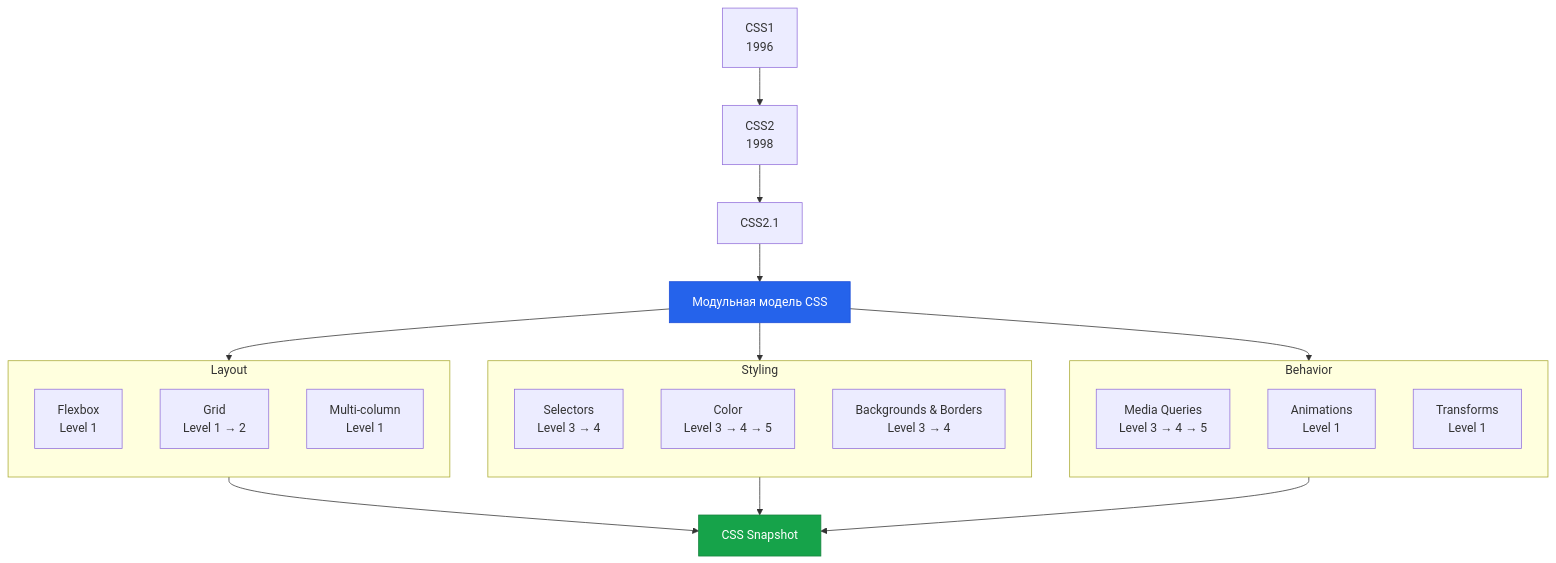
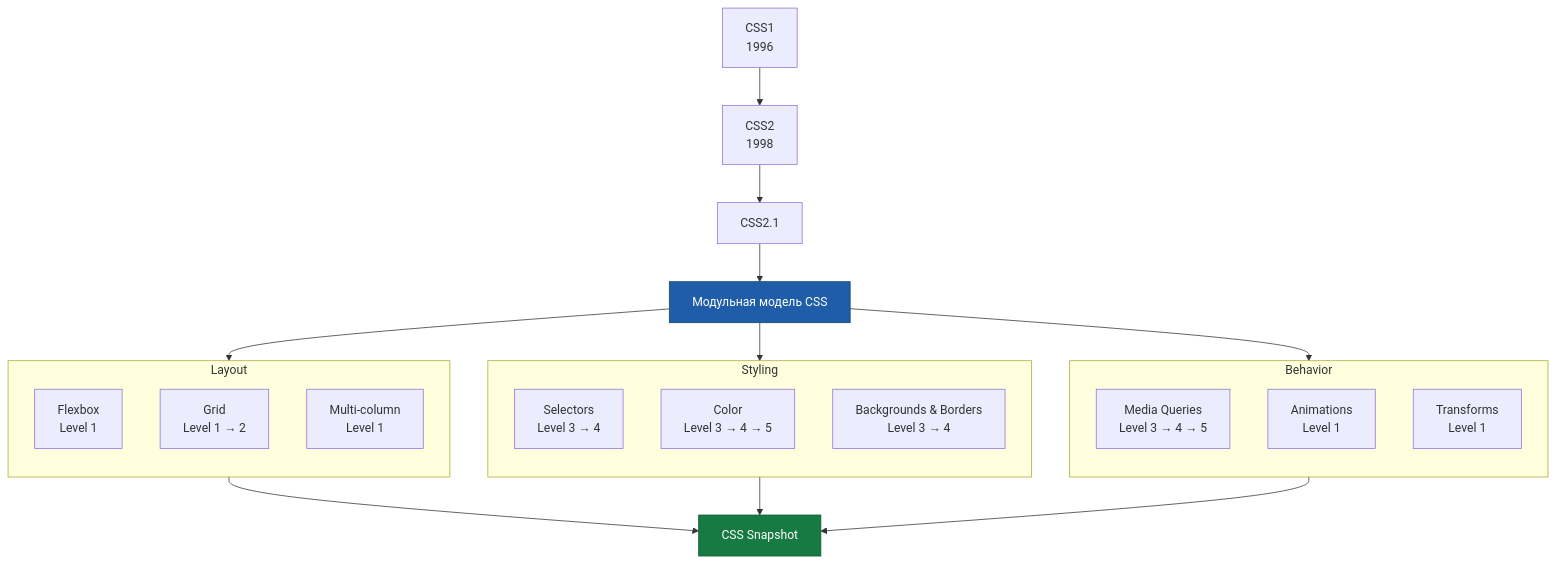
One commit to Momomash/hitchhiking-web-platform changed the first of 4 diagrams in slides.md. Above: the diagram before and after it, drawn with Mermaid. The commit also changed other lines of this file and 27 other files, not shown here.

````diff
--- a/slides.md
+++ b/slides.md
@@ -1336,41 +1361,41 @@
 ```mermaid
 flowchart TD
     A["CSS1<br/>1996"] --> B["CSS2<br/>1998"]
     B --> C["CSS2.1"]
 
     C --> D["Модульная модель CSS"]
 
     D --> S1
 
     subgraph S1["Layout"]
         direction TB
         I["Flexbox<br/>Level 1"]
         J["Grid<br/>Level 1 → 2"]
         K["Multi-column<br/>Level 1"]
     end
 
     D --> S2
 
     subgraph S2["Styling"]
         direction TB
         E["Selectors<br/>Level 3 → 4"]
         F["Color<br/>Level 3 → 4 → 5"]
         G["Backgrounds & Borders<br/>Level 3 → 4"]
     end
 
     D --> S3
 
     subgraph S3["Behavior"]
         direction TB
         H["Media Queries<br/>Level 3 → 4 → 5"]
         L["Animations<br/>Level 1"]
         M["Transforms<br/>Level 1"]
     end
 
     S1 --> N["CSS Snapshot"]
     S2 --> N
     S3 --> N
 
-    style D fill:#2563eb,stroke:#1d4ed8,color:#fff
-    style N fill:#16a34a,stroke:#15803d,color:#fff
+    style D fill:#1f5da8,stroke:#17436f,color:#fff
+    style N fill:#177a42,stroke:#115c32,color:#fff
 ```
````
